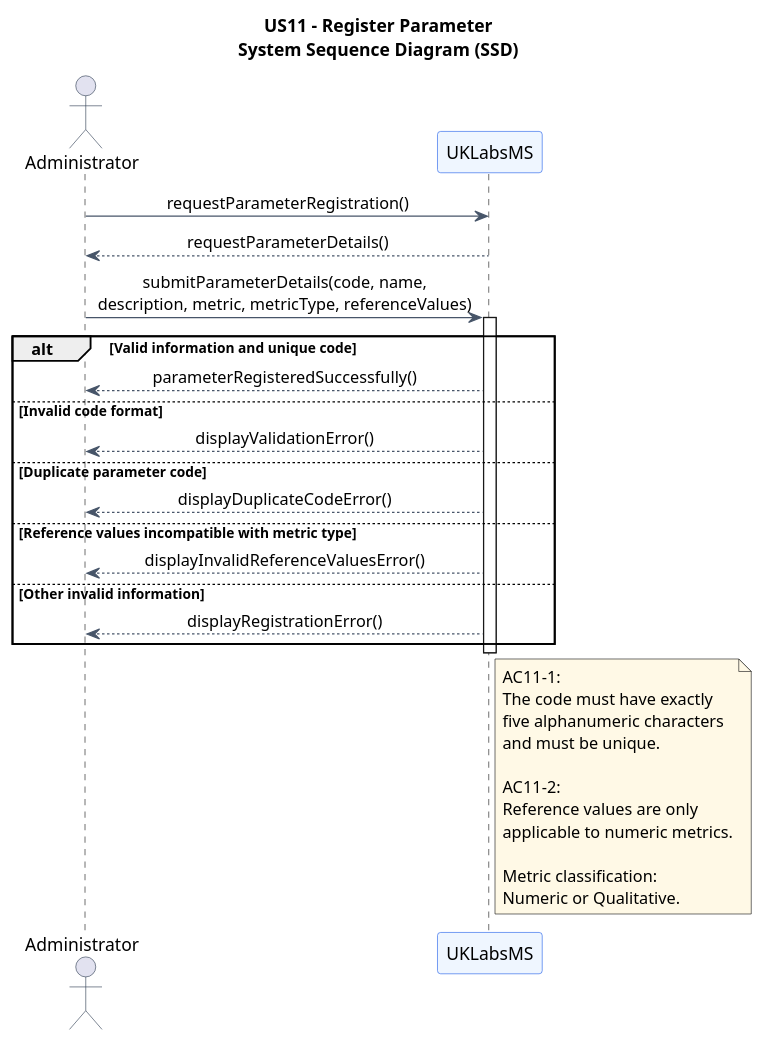
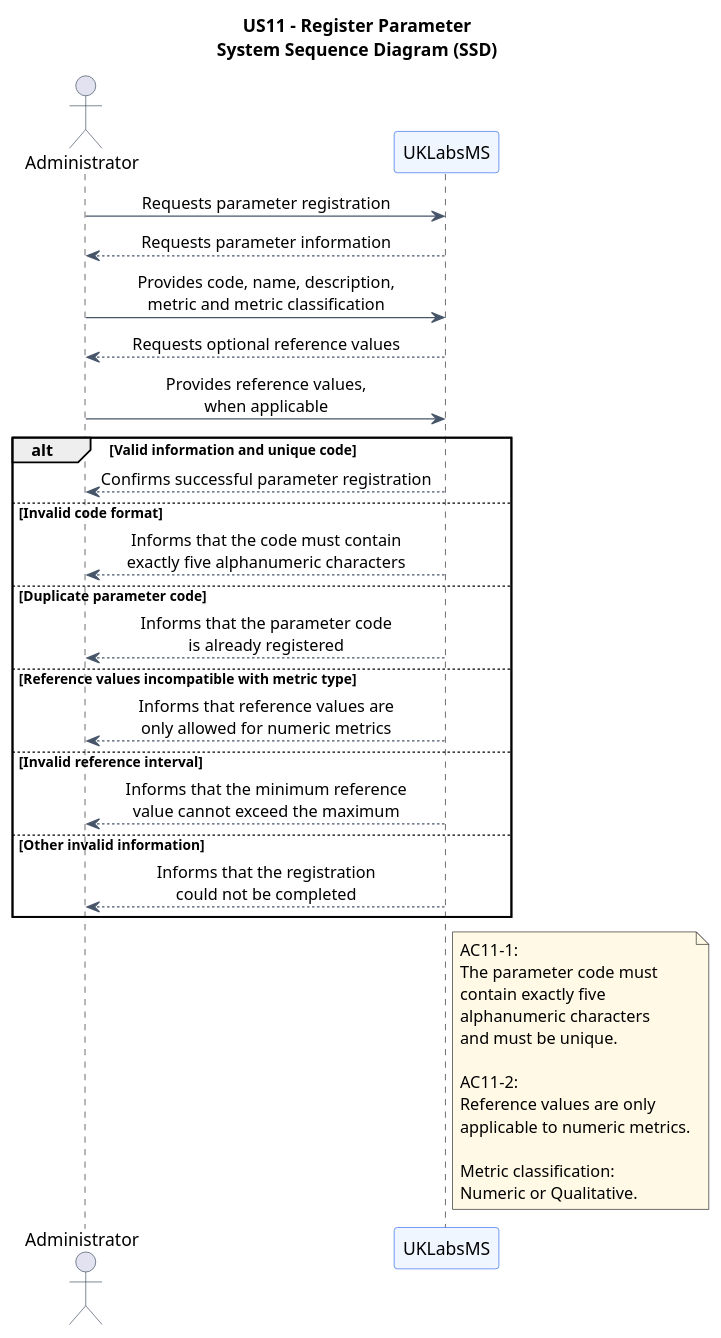
One commit to jmaia574/leti-esoft-26-27-B6 changed the diagram in docs/system-documentation/US11/puml/US11-SSD.puml. Above: the diagram before and after it, drawn with PlantUML. The commit also changed 1 other file, not shown here.

```diff
--- a/docs/system-documentation/US11/puml/US11-SSD.puml
+++ b/docs/system-documentation/US11/puml/US11-SSD.puml
@@ -1,52 +1,77 @@
 @startuml
+
 title US11 - Register Parameter\nSystem Sequence Diagram (SSD)
 
 skinparam backgroundColor #FFFFFF
 skinparam shadowing false
 skinparam sequenceMessageAlign center
 skinparam responseMessageBelowArrow true
 skinparam ParticipantBorderColor #2563EB
 skinparam ParticipantBackgroundColor #EFF6FF
 skinparam ActorBorderColor #334155
 skinparam ArrowColor #475569
 skinparam NoteBackgroundColor #FFF9E6
 
 actor "Administrator" as Admin
 participant "UKLabsMS" as System
 
-Admin -> System : requestParameterRegistration()
-System --> Admin : requestParameterDetails()
+' =====================================================
+' Main Success Scenario
+' =====================================================
 
-Admin -> System : submitParameterDetails(code, name,\ndescription, metric, metricType, referenceValues)
+Admin -> System : Requests parameter registration
 
-activate System
+System --> Admin : Requests parameter information
+
+Admin -> System : Provides code, name, description,\nmetric and metric classification
+
+System --> Admin : Requests optional reference values
+
+Admin -> System : Provides reference values,\nwhen applicable
 
 alt Valid information and unique code
-    System --> Admin : parameterRegisteredSuccessfully()
+
+    System --> Admin : Confirms successful parameter registration
+
 else Invalid code format
-    System --> Admin : displayValidationError()
+
+    System --> Admin : Informs that the code must contain\nexactly five alphanumeric characters
+
 else Duplicate parameter code
-    System --> Admin : displayDuplicateCodeError()
+
+    System --> Admin : Informs that the parameter code\nis already registered
+
 else Reference values incompatible with metric type
-    System --> Admin : displayInvalidReferenceValuesError()
+
+    System --> Admin : Informs that reference values are\nonly allowed for numeric metrics
+
+else Invalid reference interval
+
+    System --> Admin : Informs that the minimum reference\nvalue cannot exceed the maximum
+
 else Other invalid information
-    System --> Admin : displayRegistrationError()
+
+    System --> Admin : Informs that the registration\ncould not be completed
+
 end
 
-deactivate System
+' =====================================================
+' Acceptance Criteria
+' =====================================================
 
 note right of System
 AC11-1:
-The code must have exactly
-five alphanumeric characters
+The parameter code must
+contain exactly five
+alphanumeric characters
 and must be unique.
 
 AC11-2:
 Reference values are only
 applicable to numeric metrics.
 
 Metric classification:
 Numeric or Qualitative.
 end note
 
 @enduml
```
